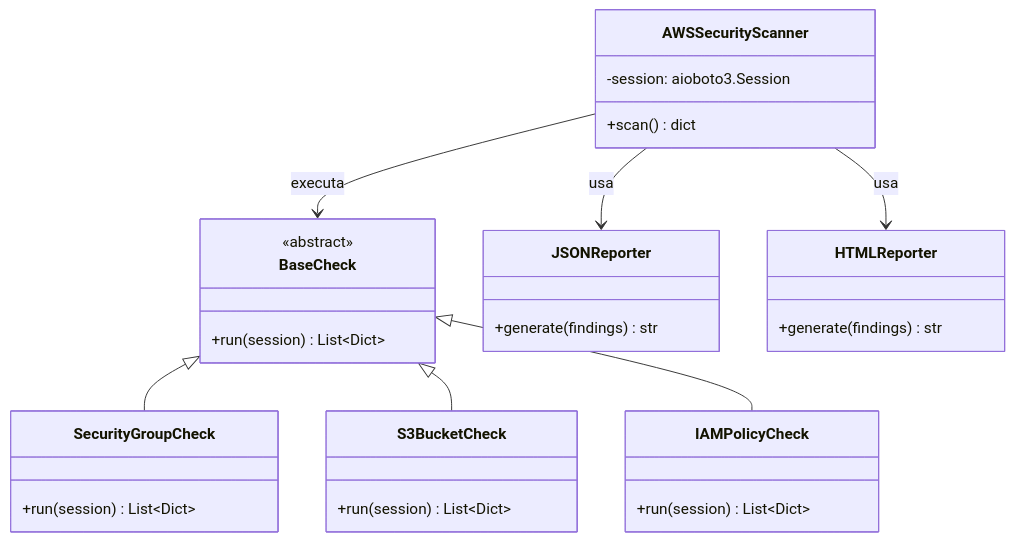
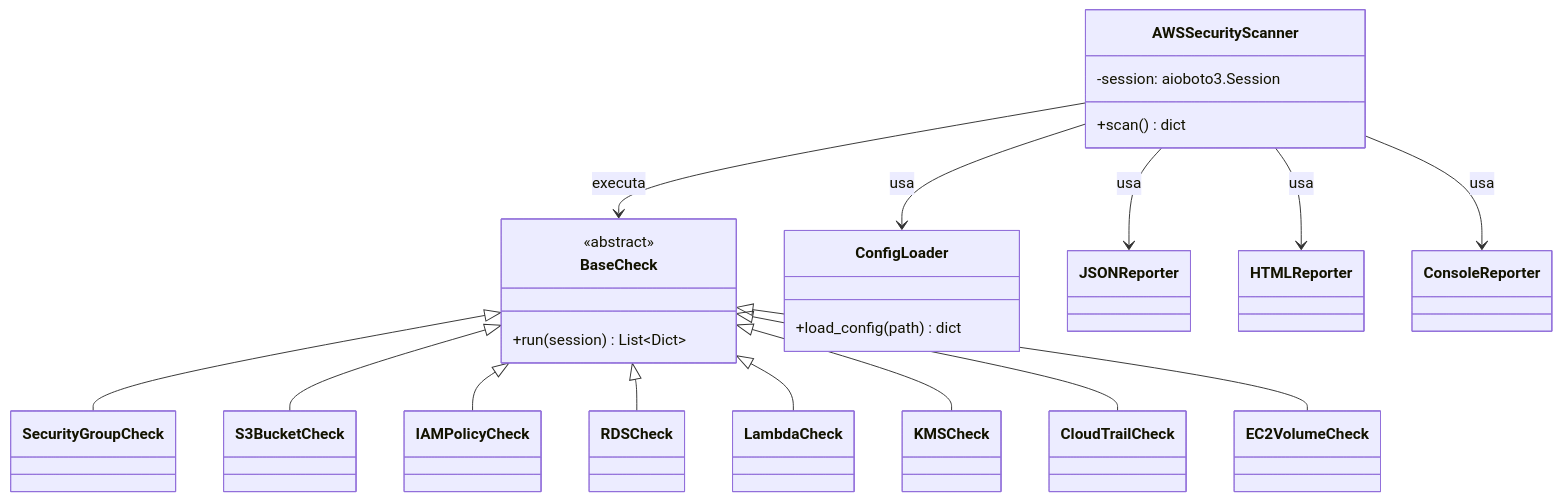
Before and after one commit to kauand3v/aws-security-scanner: the first of 3 diagrams in README.md, drawn with Mermaid. The commit also changed other lines of this file, not shown here.

````diff
--- a/README.md
+++ b/README.md
@@ -97,33 +152,39 @@
 ```mermaid
 classDiagram
     class BaseCheck {
         <<abstract>>
         +run(session) List~Dict~
     }
-    class SecurityGroupCheck {
-        +run(session) List~Dict~
-    }
-    class S3BucketCheck {
-        +run(session) List~Dict~
-    }
-    class IAMPolicyCheck {
-        +run(session) List~Dict~
-    }
+    class SecurityGroupCheck
+    class S3BucketCheck
+    class IAMPolicyCheck
+    class RDSCheck
+    class LambdaCheck
+    class KMSCheck
+    class CloudTrailCheck
+    class EC2VolumeCheck
     class AWSSecurityScanner {
         -session: aioboto3.Session
         +scan() dict
     }
-    class JSONReporter {
-        +generate(findings) str
+    class ConfigLoader {
+        +load_config(path) dict
     }
-    class HTMLReporter {
-        +generate(findings) str
-    }
+    class JSONReporter
+    class HTMLReporter
+    class ConsoleReporter
 
     BaseCheck <|-- SecurityGroupCheck
     BaseCheck <|-- S3BucketCheck
     BaseCheck <|-- IAMPolicyCheck
+    BaseCheck <|-- RDSCheck
+    BaseCheck <|-- LambdaCheck
+    BaseCheck <|-- KMSCheck
+    BaseCheck <|-- CloudTrailCheck
+    BaseCheck <|-- EC2VolumeCheck
     AWSSecurityScanner --> BaseCheck : executa
+    AWSSecurityScanner --> ConfigLoader : usa
     AWSSecurityScanner --> JSONReporter : usa
     AWSSecurityScanner --> HTMLReporter : usa
+    AWSSecurityScanner --> ConsoleReporter : usa
 ```
````
